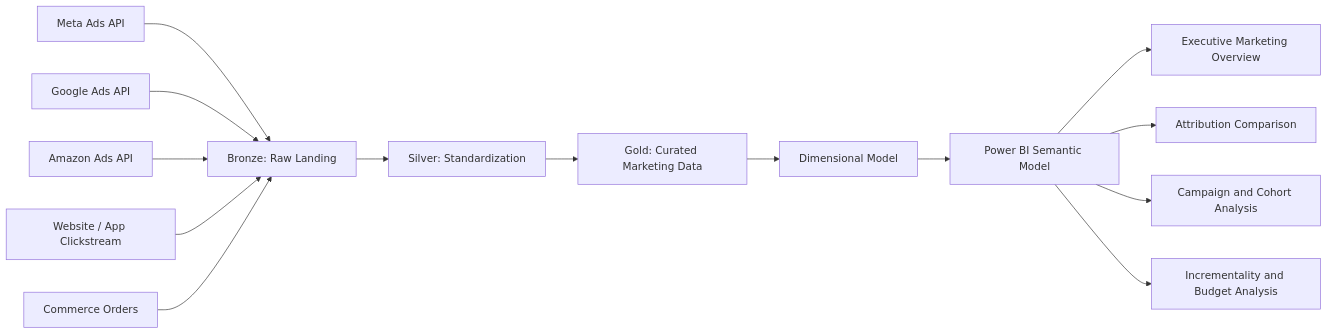
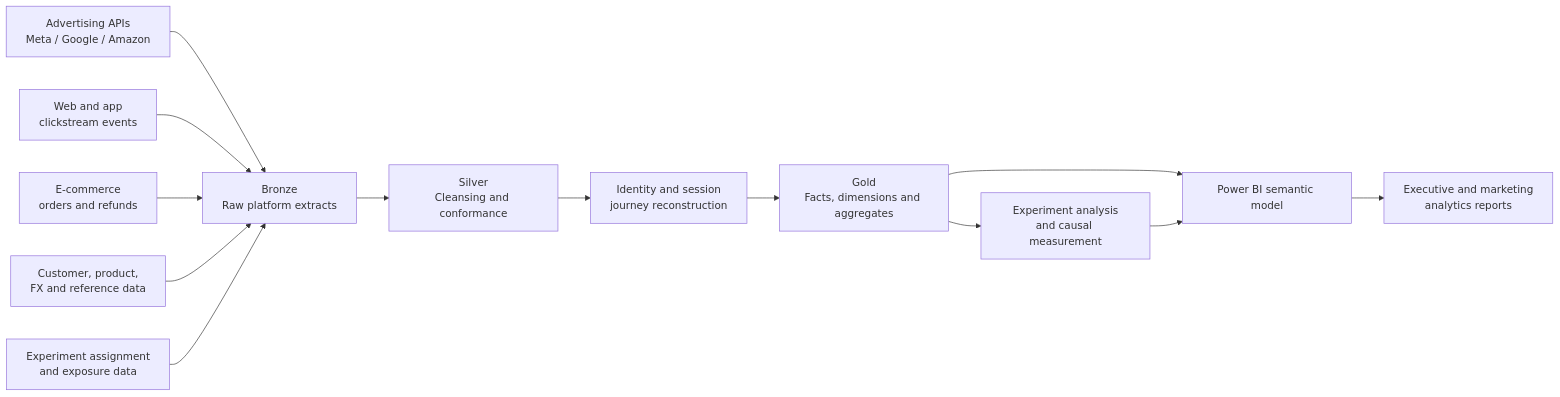
One commit to ShakeelMohd/MTA-iROAS-Optimizer changed the first of 3 diagrams in README.md. Above: the diagram before and after it, drawn with Mermaid. The commit also changed other lines of this file, not shown here.

Commit message:
changes for the Project Architecture Overview

````diff
--- a/README.md
+++ b/README.md
@@ -120,17 +238,17 @@
 ``` mermaid
 flowchart LR
-    A[Meta Ads API] --> B[Bronze: Raw Landing]
-    C[Google Ads API] --> B
-    D[Amazon Ads API] --> B
-    E[Website / App Clickstream] --> B
-    F[Commerce Orders] --> B
+    A["Advertising APIs<br/>Meta / Google / Amazon"] --> B["Bronze<br/>Raw platform extracts"]
+    C["Web and app<br/>clickstream events"] --> B
+    D["E-commerce<br/>orders and refunds"] --> B
+    E["Customer, product,<br/>FX and reference data"] --> B
+    F["Experiment assignment<br/>and exposure data"] --> B
 
-    B --> G[Silver: Standardization]
-    G --> H[Gold: Curated Marketing Data]
-    H --> I[Dimensional Model]
-    I --> J[Power BI Semantic Model]
-    J --> K[Executive Marketing Overview]
-    J --> L[Attribution Comparison]
-    J --> M[Campaign and Cohort Analysis]
-    J --> N[Incrementality and Budget Analysis]
+    B --> G["Silver<br/>Cleansing and conformance"]
+    G --> H["Identity and session<br/>journey reconstruction"]
+    H --> I["Gold<br/>Facts, dimensions and aggregates"]
+    I --> J["Power BI semantic model"]
+    J --> K["Executive and marketing<br/>analytics reports"]
+
+    I --> L["Experiment analysis<br/>and causal measurement"]
+    L --> J
 ```
````
